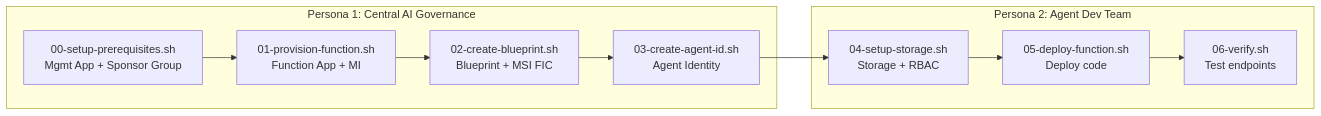
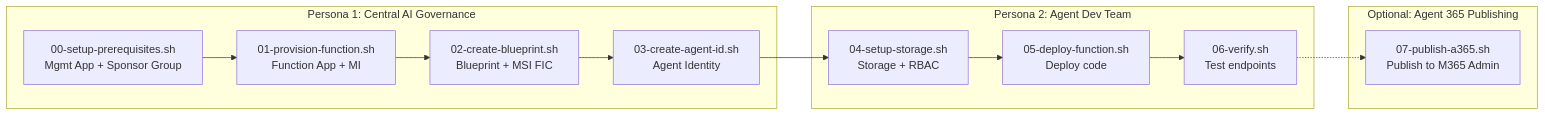
One commit to ivanthelad/agentid-aiapp-fic changed the diagram in demo-functions/README.md. Above: the diagram before and after it, drawn with Mermaid. The commit also changed other lines of this file and 8 other files, not shown here.

First line of the commit message:
Revert A365 observability from Functions demo; add optional publish step

````diff
--- a/demo-functions/README.md
+++ b/demo-functions/README.md
@@ -7,17 +7,22 @@
 ```mermaid
 flowchart LR
     subgraph persona1["Persona 1: Central AI Governance"]
         P1_00["00-setup-prerequisites.sh\nMgmt App + Sponsor Group"]
         P1_01["01-provision-function.sh\nFunction App + MI"]
         P1_02["02-create-blueprint.sh\nBlueprint + MSI FIC"]
         P1_03["03-create-agent-id.sh\nAgent Identity"]
     end
 
     subgraph persona2["Persona 2: Agent Dev Team"]
         P2_04["04-setup-storage.sh\nStorage + RBAC"]
         P2_05["05-deploy-function.sh\nDeploy code"]
         P2_06["06-verify.sh\nTest endpoints"]
     end
 
+    subgraph optional["Optional: Agent 365 Publishing"]
+        P1_07["07-publish-a365.sh\nPublish to M365 Admin"]
+    end
+
     P1_00 --> P1_01 --> P1_02 --> P1_03 --> P2_04 --> P2_05 --> P2_06
+    P2_06 -.-> P1_07
 ```
````
